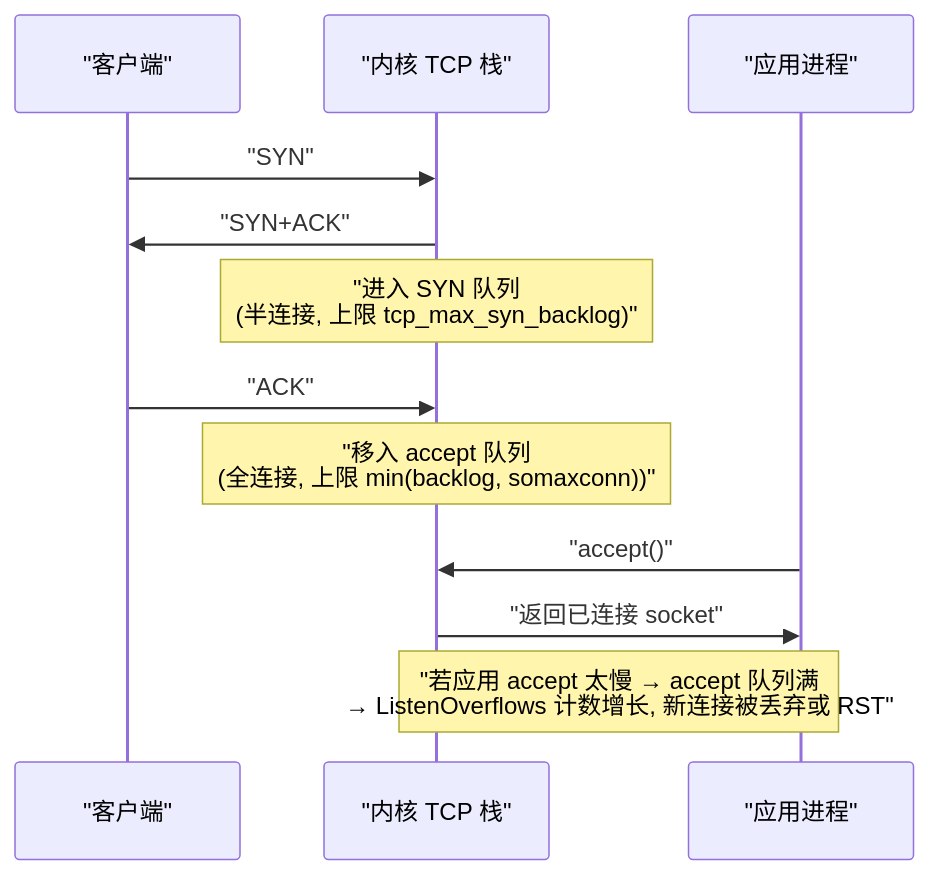
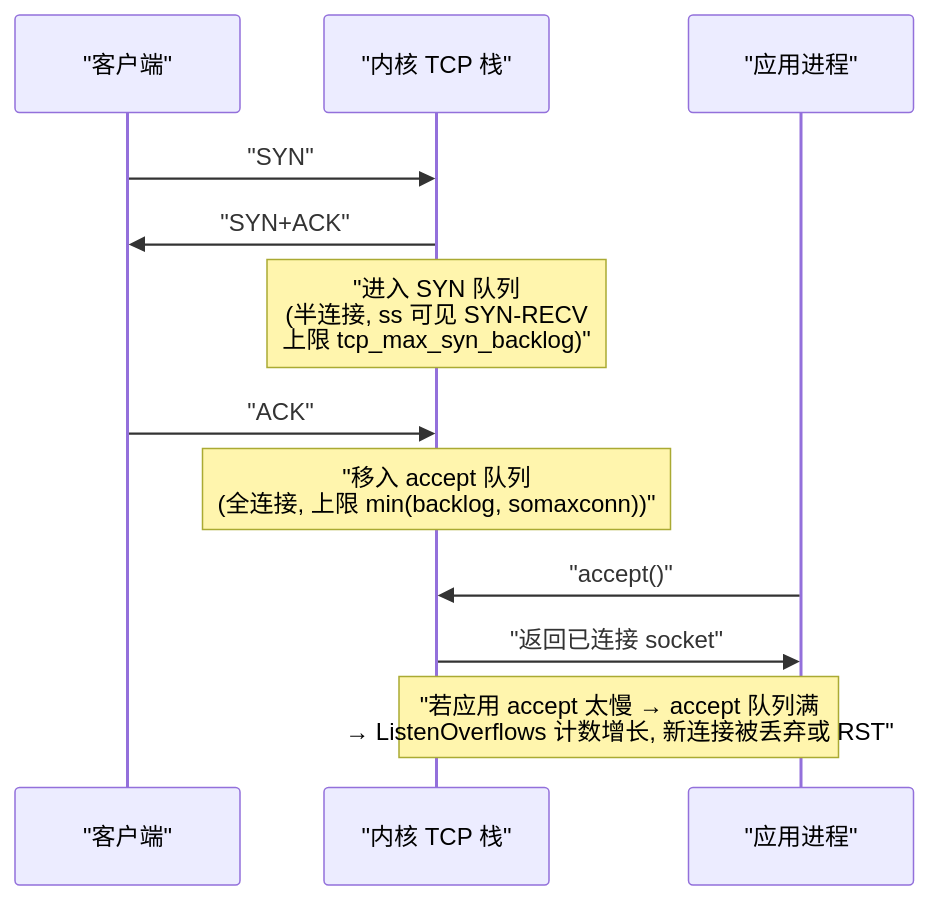
One commit to xuchaoxin1375/blogs changed the second of 5 diagrams in Code/OS/linux/现代操作系统@网络端口信息查看@放行端口@端口占用.md. Above: the diagram before and after it, drawn with Mermaid. The commit also changed other lines of this file and 7 other files, not shown here.

````diff
--- a/Code/OS/linux/现代操作系统@网络端口信息查看@放行端口@端口占用.md
+++ b/Code/OS/linux/现代操作系统@网络端口信息查看@放行端口@端口占用.md
@@ -357,14 +363,14 @@
 ```mermaid
 sequenceDiagram
     participant C as "客户端"
     participant K as "内核 TCP 栈"
     participant A as "应用进程"
     C->>K: "SYN"
     K->>C: "SYN+ACK"
-    Note over K: "进入 SYN 队列<br>(半连接, 上限 tcp_max_syn_backlog)"
+    Note over K: "进入 SYN 队列<br>(半连接, ss 可见 SYN-RECV<br>上限 tcp_max_syn_backlog)"
     C->>K: "ACK"
     Note over K: "移入 accept 队列<br>(全连接, 上限 min(backlog, somaxconn))"
     A->>K: "accept()"
     K->>A: "返回已连接 socket"
     Note over K,A: "若应用 accept 太慢 → accept 队列满<br>→ ListenOverflows 计数增长, 新连接被丢弃或 RST"
 ```
````
